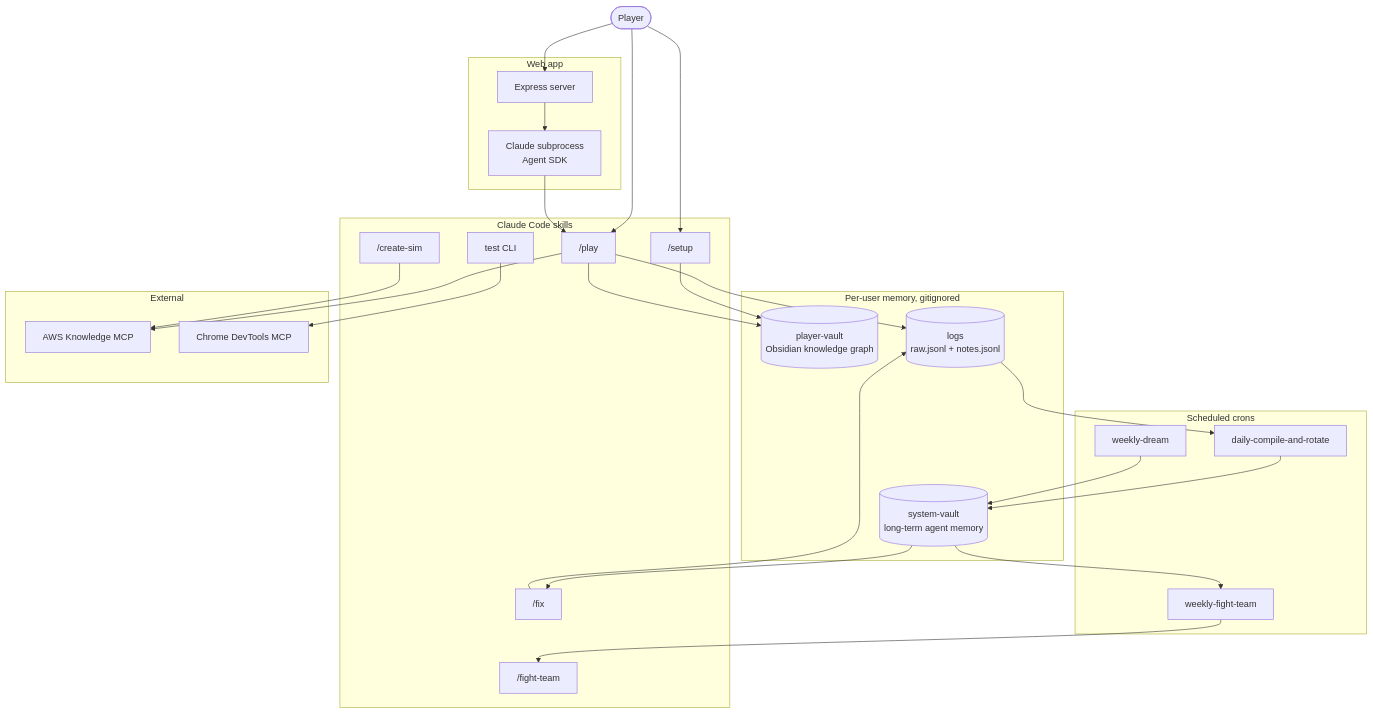
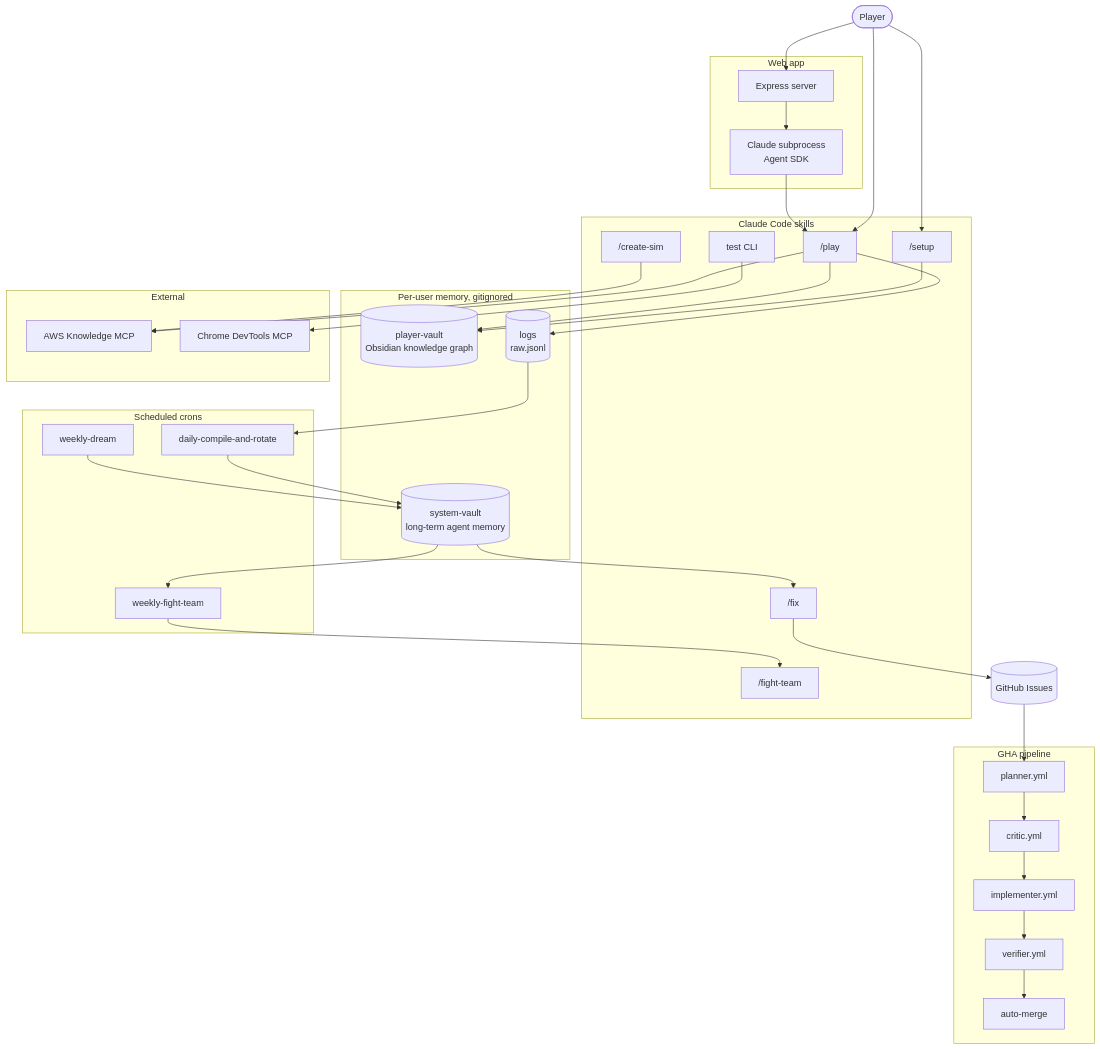
The second of 2 diagrams in README.md (drashtishah/aws-simulator), drawn with Mermaid before and after one commit. The commit also changed other lines of this file, not shown here.

Commit message:
docs: update README for GHA pipeline redesign
Replace old local-terminal architecture diagram with GHA pipeline
subgraph. Update text: two test layers (not three), remove notes.jsonl
references, add Pipeline and /fix bullets, replace worktrees mention
with label-gated pipeline, delete Read more section.

Closes #173

````diff
--- a/README.md
+++ b/README.md
@@ -34,54 +34,68 @@
 ```mermaid
 flowchart TB
   Player([Player])
+  Issues[(GitHub Issues)]
 
   subgraph Skills[Claude Code skills]
     Setup["/setup"]
     Play["/play"]
     Fix["/fix"]
     FightTeam["/fight-team"]
     CreateSim["/create-sim"]
-    SimTest[test CLI]
+    Test[test CLI]
   end
 
   subgraph Crons[Scheduled crons]
     Compile[daily-compile-and-rotate]
     Dream[weekly-dream]
     WeeklyFight[weekly-fight-team]
   end
 
   subgraph Memory[Per-user memory, gitignored]
     PlayerVault[(player-vault<br/>Obsidian knowledge graph)]
     SystemVault[(system-vault<br/>long-term agent memory)]
-    Logs[(logs<br/>raw.jsonl + notes.jsonl)]
+    Logs[(logs<br/>raw.jsonl)]
   end
 
   subgraph Web[Web app]
     Express[Express server]
     Subprocess[Claude subprocess<br/>Agent SDK]
   end
 
   subgraph External[External]
     AwsMcp[AWS Knowledge MCP]
     DevtoolsMcp[Chrome DevTools MCP]
+  end
+
+  subgraph GHA[GHA pipeline]
+    Planner[planner.yml]
+    Critic[critic.yml]
+    Implementer[implementer.yml]
+    Verifier[verifier.yml]
+    AutoMerge[auto-merge]
   end
 
   Player --> Setup
   Player --> Play
   Player --> Express
   Express --> Subprocess
   Subprocess --> Play
   Setup --> PlayerVault
   Play --> PlayerVault
   Play --> Logs
   Logs --> Compile
   Compile --> SystemVault
   SystemVault --> Fix
   SystemVault --> WeeklyFight
   WeeklyFight --> FightTeam
   Dream --> SystemVault
-  Fix --> Logs
+  Fix --> Issues
+  Issues --> Planner
+  Planner --> Critic
+  Critic --> Implementer
+  Implementer --> Verifier
+  Verifier --> AutoMerge
   Play --> AwsMcp
   CreateSim --> AwsMcp
-  SimTest --> DevtoolsMcp
+  Test --> DevtoolsMcp
 ```
````
